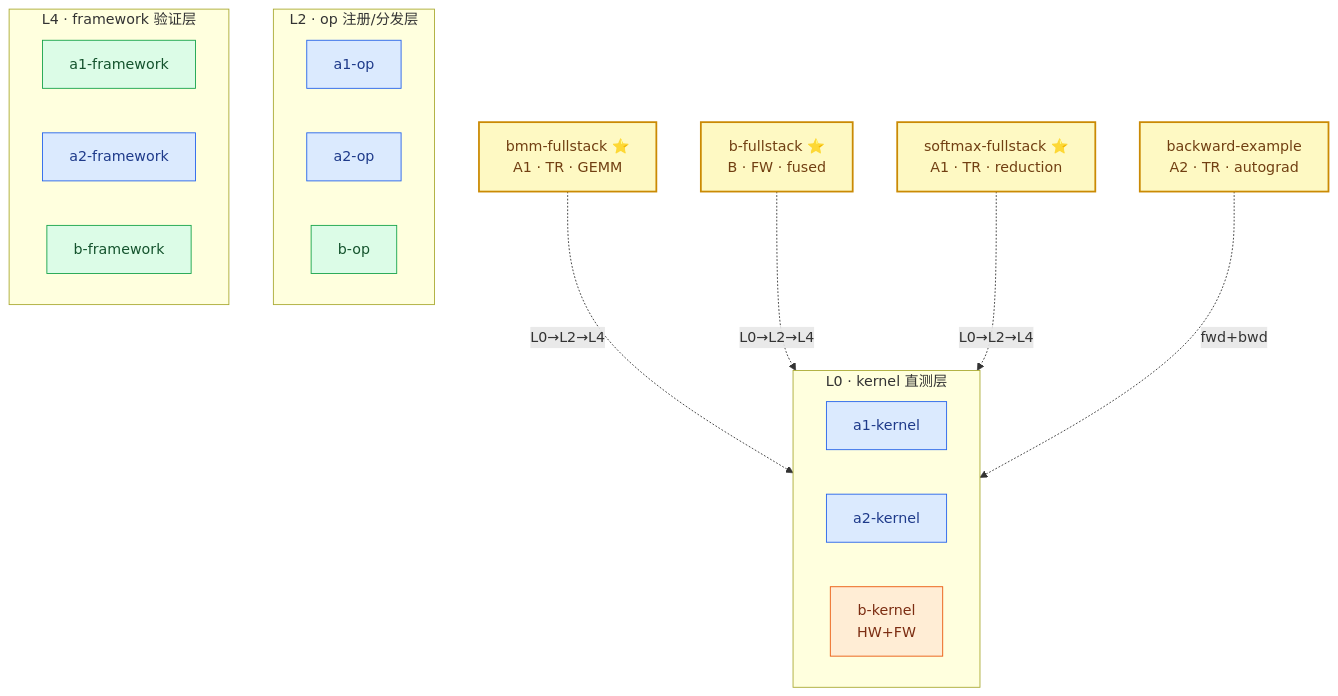
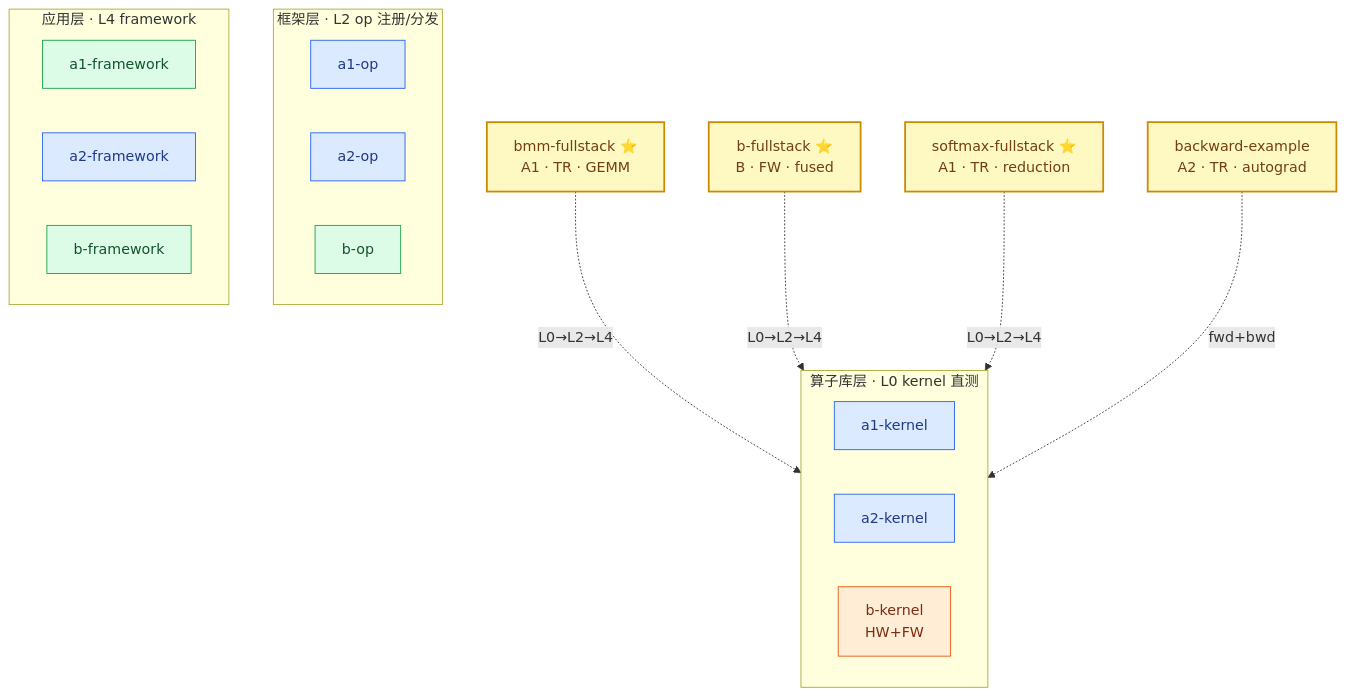
One commit to FLAG-OP/FlagOS-OP changed the diagram in examples/README.md. Above: the diagram before and after it, drawn with Mermaid. The commit also changed other lines of this file and 4 other files, not shown here.

First line of the commit message:
docs: 全库同步物理栈视角——所有图/表/描述统一为系统分层

````diff
--- a/examples/README.md
+++ b/examples/README.md
@@ -8,36 +8,36 @@
 ```mermaid
 flowchart TB
     classDef tr fill:#dbeafe,stroke:#2563eb,color:#1e3a8a
     classDef fw fill:#dcfce7,stroke:#16a34a,color:#14532d
     classDef hw fill:#ffedd5,stroke:#ea580c,color:#7c2d12
     classDef fs fill:#fef9c3,stroke:#ca8a04,stroke-width:2px,color:#713f12
 
-    subgraph L0["L0 · kernel 直测层"]
+    subgraph L0["算子库层 · L0 kernel 直测"]
         direction LR
         A1K["a1-kernel"]:::tr
         A2K["a2-kernel"]:::tr
         BK["b-kernel<br/>HW+FW"]:::hw
     end
-    subgraph L2["L2 · op 注册/分发层"]
+    subgraph L2["框架层 · L2 op 注册/分发"]
         direction LR
         A1O["a1-op"]:::tr
         A2O["a2-op"]:::tr
         BO["b-op"]:::fw
     end
-    subgraph L4["L4 · framework 验证层"]
+    subgraph L4["应用层 · L4 framework"]
         direction LR
         A1F["a1-framework"]:::fw
         A2F["a2-framework"]:::tr
         BF["b-framework"]:::fw
     end
 
     BMM["bmm-fullstack ⭐<br/>A1 · TR · GEMM"]:::fs
     BFS["b-fullstack ⭐<br/>B · FW · fused"]:::fs
     SMX["softmax-fullstack ⭐<br/>A1 · TR · reduction"]:::fs
     BWD["backward-example<br/>A2 · TR · autograd"]:::fs
 
     BMM -. "L0→L2→L4" .-> A1K
     BFS -. "L0→L2→L4" .-> BK
     SMX -. "L0→L2→L4" .-> A1K
     BWD -. "fwd+bwd" .-> A2K
 ```
````
